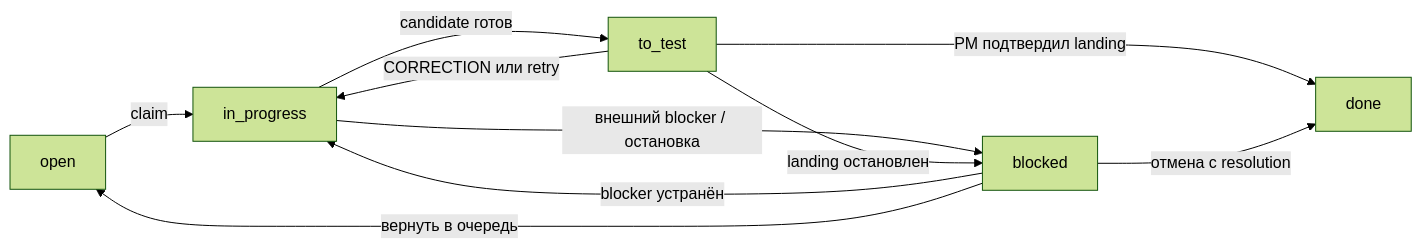
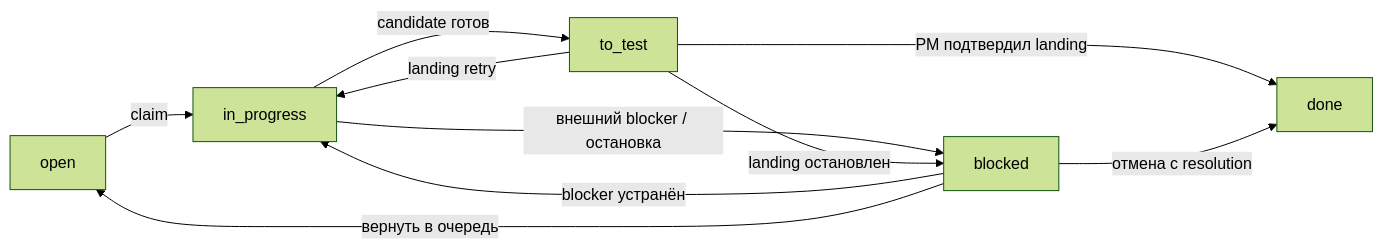
The second of 3 diagrams in README.md (skopanev/contract), drawn with Mermaid (forest theme) before and after one commit. The commit also changed other lines of this file, not shown here.

Commit message:
chore: remove permit and correction mentions, align panel rounds

````diff
--- a/README.md
+++ b/README.md
@@ -197,12 +188,12 @@
 ```mermaid
 flowchart LR
     O[open] -->|claim| I[in_progress]
     I -->|candidate готов| T[to_test]
-    T -->|CORRECTION или retry| I
+    T -->|landing retry| I
     T -->|PM подтвердил landing| D[done]
     I -->|внешний blocker / остановка| B[blocked]
     T -->|landing остановлен| B
     B -->|blocker устранён| I
     B -->|вернуть в очередь| O
     B -->|отмена с resolution| D
 ```
````
